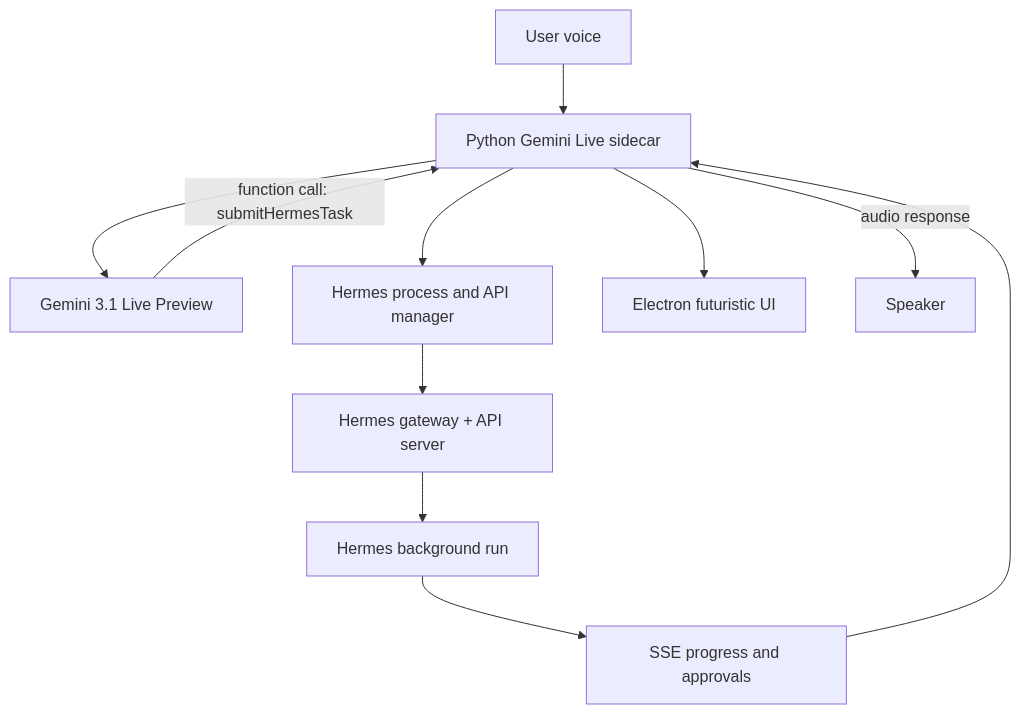
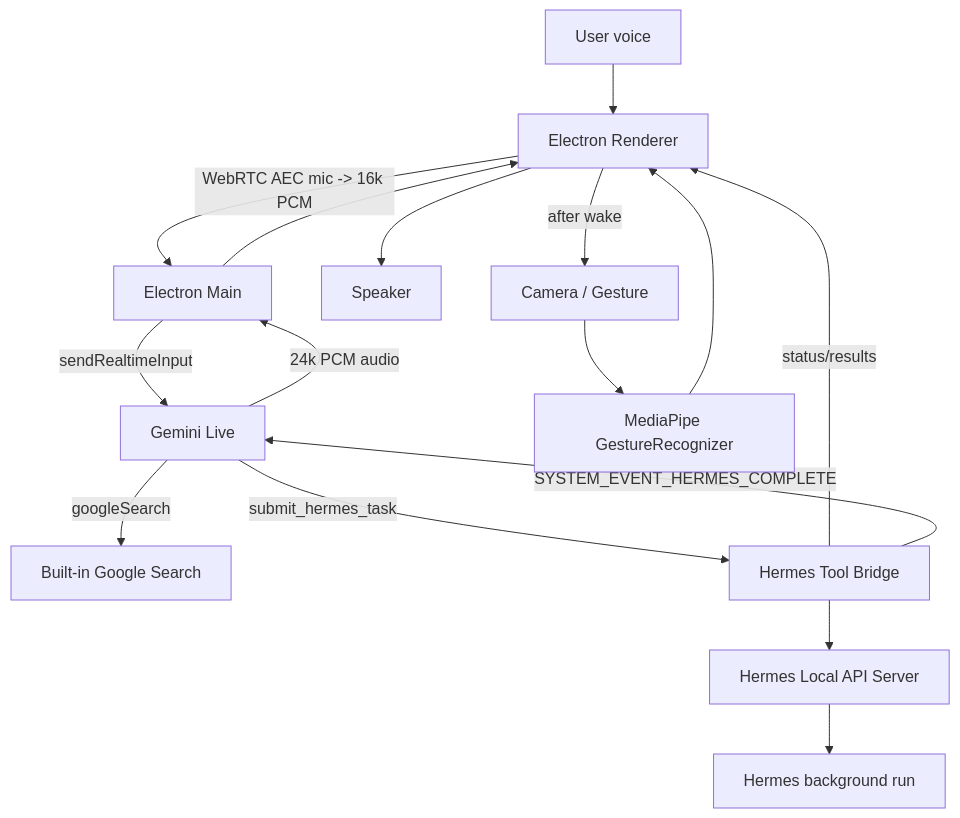
Before and after one commit to mrqhocungdungai-vn/myiris: the diagram in plan.md, drawn with Mermaid. The commit also changed other lines of this file and 9 other files, not shown here.

````diff
--- a/plan.md
+++ b/plan.md
@@ -45,13 +43,20 @@
 ```mermaid
 flowchart TD
-  UserVoice["User voice"] --> PythonSidecar["Python Gemini Live sidecar"]
-  PythonSidecar --> GeminiLive["Gemini 3.1 Live Preview"]
-  GeminiLive -->|"function call: submitHermesTask"| PythonSidecar
-  PythonSidecar --> HermesManager["Hermes process and API manager"]
-  HermesManager --> HermesGateway["Hermes gateway + API server"]
-  HermesGateway --> HermesRun["Hermes background run"]
-  HermesRun --> HermesEvents["SSE progress and approvals"]
-  HermesEvents --> PythonSidecar
-  PythonSidecar --> ElectronUI["Electron futuristic UI"]
-  PythonSidecar -->|"audio response"| Speaker["Speaker"]
+  UserVoice["User voice"] --> Renderer["Electron Renderer"]
+  Renderer -->|"WebRTC AEC mic -> 16k PCM"| Main["Electron Main"]
+  Main -->|"sendRealtimeInput"| GeminiLive["Gemini Live"]
+  GeminiLive -->|"24k PCM audio"| Main
+  Main --> Renderer
+  Renderer --> Speaker["Speaker"]
+
+  GeminiLive -->|"googleSearch"| GoogleSearch["Built-in Google Search"]
+  GeminiLive -->|"submit_hermes_task"| HermesBridge["Hermes Tool Bridge"]
+  HermesBridge --> HermesAPI["Hermes Local API Server"]
+  HermesAPI --> HermesRun["Hermes background run"]
+  HermesBridge -->|"status/results"| Renderer
+  HermesBridge -->|"SYSTEM_EVENT_HERMES_COMPLETE"| GeminiLive
+
+  Renderer -->|"after wake"| Camera["Camera / Gesture"]
+  Camera --> MediaPipe["MediaPipe GestureRecognizer"]
+  MediaPipe --> Renderer
 ```
````
